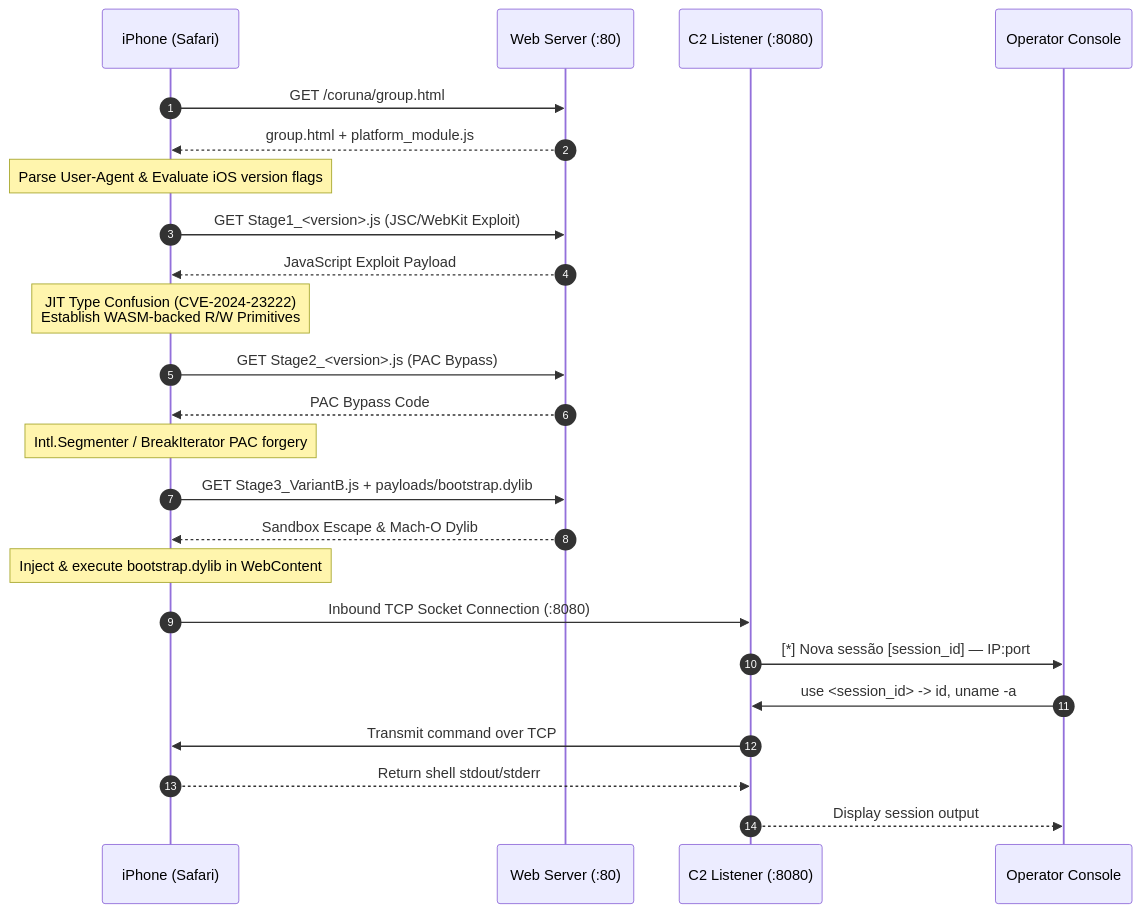
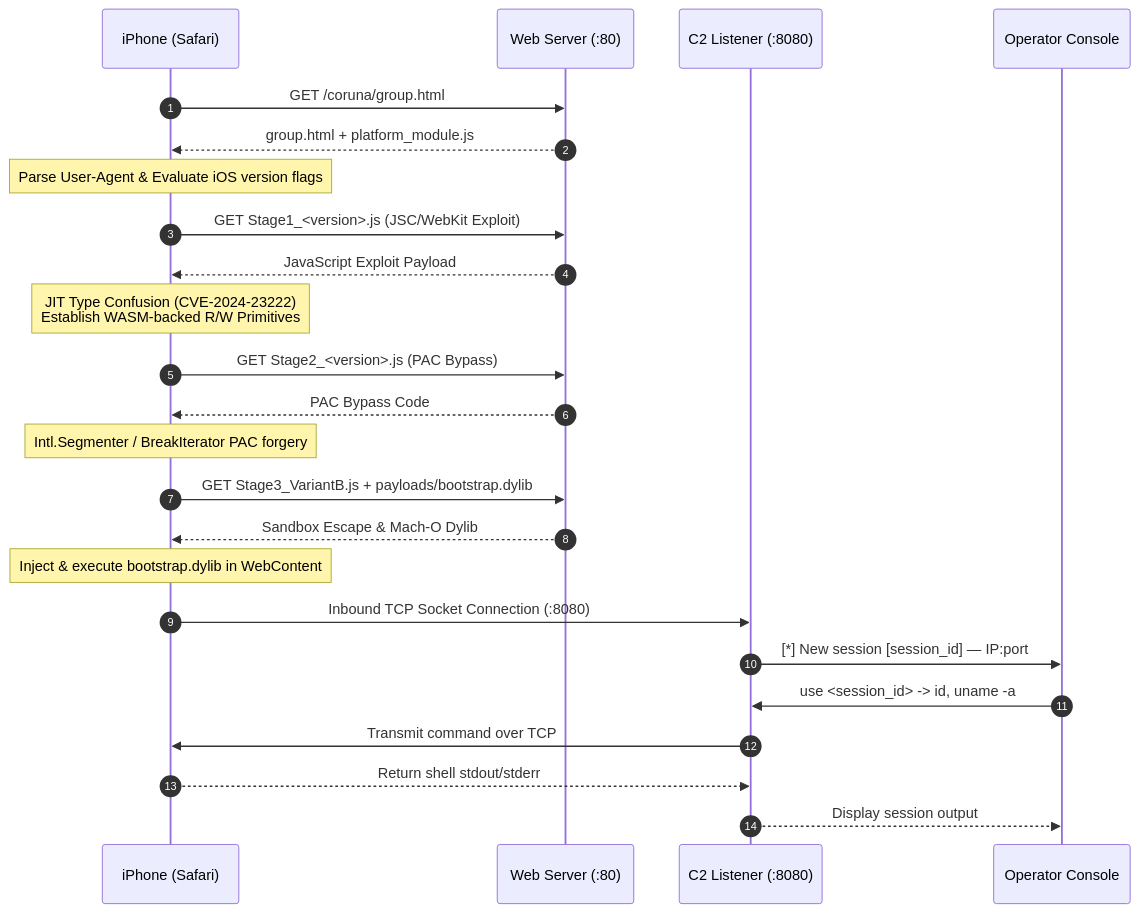
One commit to aesaganda/coruna changed the diagram in docs/ARCHITECTURE.md. Above: the diagram before and after it, drawn with Mermaid. The commit also changed 11 other files, not shown here.

````diff
--- a/docs/ARCHITECTURE.md
+++ b/docs/ARCHITECTURE.md
@@ -13,31 +13,31 @@
 ```mermaid
 sequenceDiagram
     autonumber
     participant Target as iPhone (Safari)
     participant Web as Web Server (:80)
     participant C2 as C2 Listener (:8080)
     participant Operator as Operator Console
 
     Target->>Web: GET /coruna/group.html
     Web-->>Target: group.html + platform_module.js
     Note over Target: Parse User-Agent & Evaluate iOS version flags
 
     Target->>Web: GET Stage1_<version>.js (JSC/WebKit Exploit)
     Web-->>Target: JavaScript Exploit Payload
     Note over Target: JIT Type Confusion (CVE-2024-23222)<br/>Establish WASM-backed R/W Primitives
 
     Target->>Web: GET Stage2_<version>.js (PAC Bypass)
     Web-->>Target: PAC Bypass Code
     Note over Target: Intl.Segmenter / BreakIterator PAC forgery
 
     Target->>Web: GET Stage3_VariantB.js + payloads/bootstrap.dylib
     Web-->>Target: Sandbox Escape & Mach-O Dylib
     Note over Target: Inject & execute bootstrap.dylib in WebContent
 
     Target->>C2: Inbound TCP Socket Connection (:8080)
-    C2->>Operator: [*] Nova sessão [session_id] — IP:port
+    C2->>Operator: [*] New session [session_id] — IP:port
     Operator->>C2: use <session_id> -> id, uname -a
     C2->>Target: Transmit command over TCP
     Target-->>C2: Return shell stdout/stderr
     C2-->>Operator: Display session output
 ```
````
